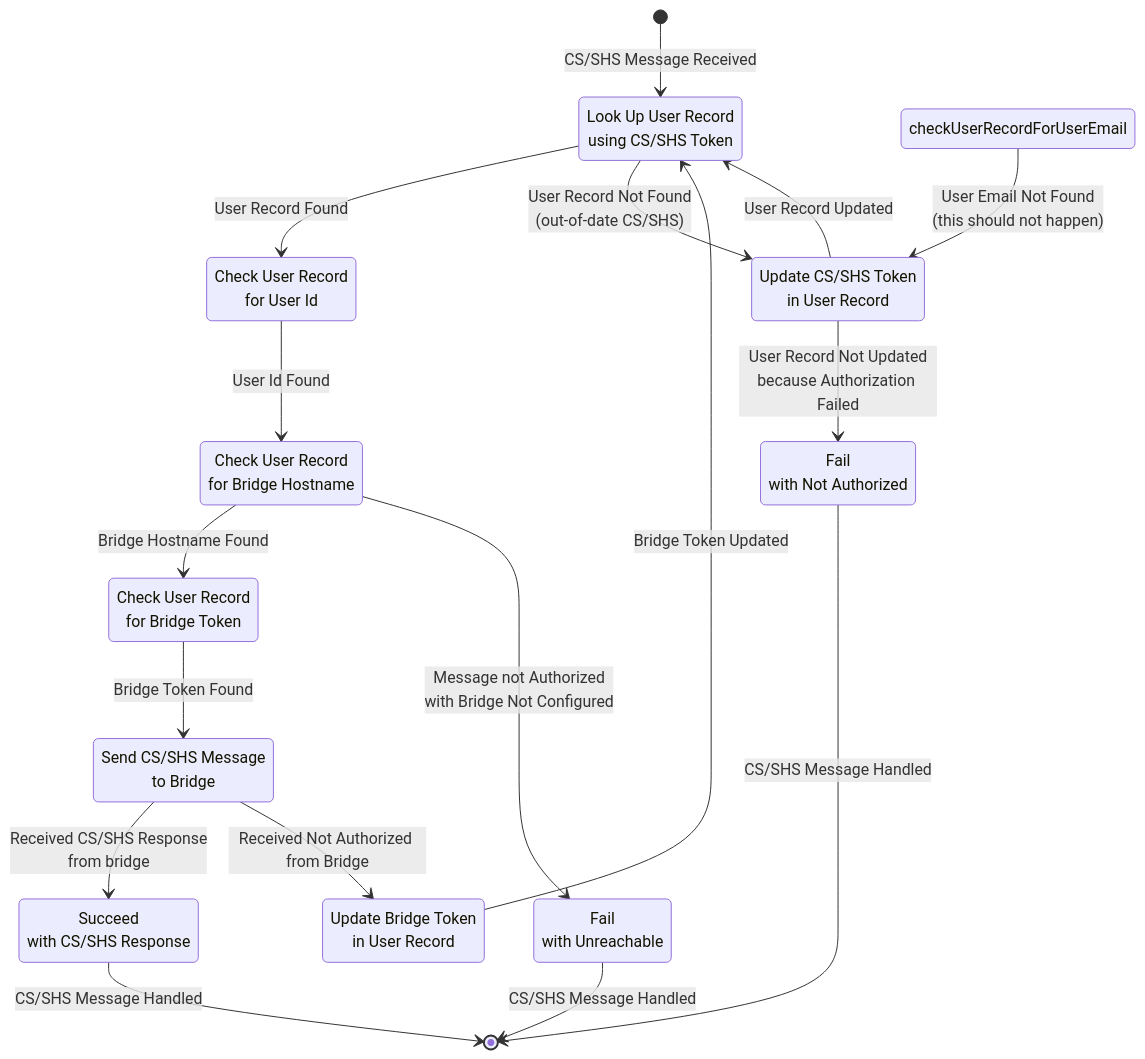
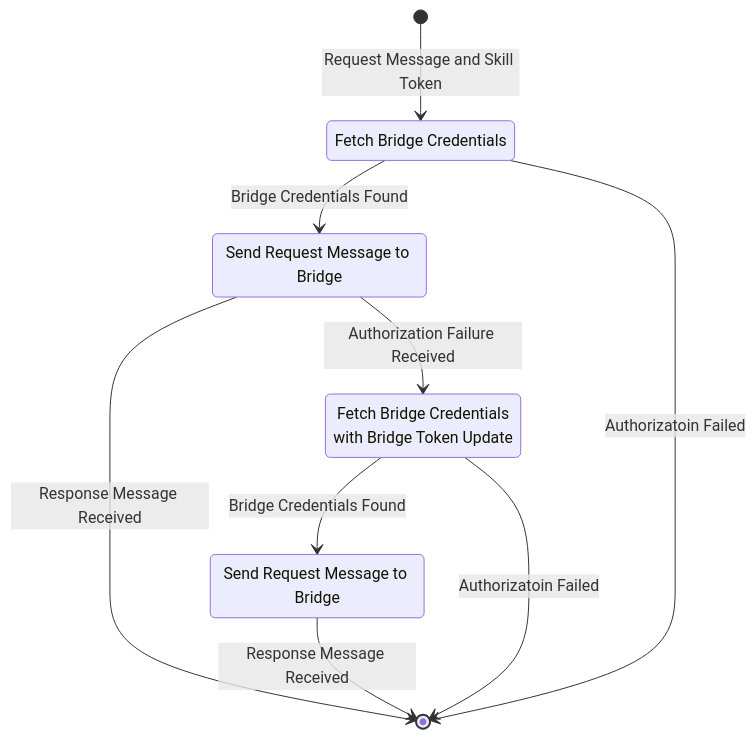
Before and after one commit to pebender/alexa-for-lg-webos-tv: the first of 2 diagrams in docs/pages/design/skill.md, drawn with Mermaid. The commit also changed other lines of this file and 1 other file, not shown here.

````diff
--- a/docs/pages/design/skill.md
+++ b/docs/pages/design/skill.md
@@ -78,40 +78,20 @@
 ```mermaid
 stateDiagram-v2
   direction TB
 
-  lookUpUserRecord: Look Up User Record<br>using CS/SHS Token
-  checkUserRecordForUserId: Check User Record<br>for User Id
-  checkUserRecordForBridgeHostname: Check User Record<br>for Bridge Hostname
-  checkUserRecordForBridgeToken: Check User Record<br>for Bridge Token
-  sendMessageToBridge: Send CS/SHS Message<br>to Bridge
-  succeedMessage: Succeed<br>with CS/SHS Response
-  [*] --> lookUpUserRecord: CS/SHS Message Received
-  lookUpUserRecord --> checkUserRecordForUserId: User Record Found
-  checkUserRecordForUserId --> checkUserRecordForBridgeHostname: User Id Found
-  checkUserRecordForBridgeHostname --> checkUserRecordForBridgeToken: Bridge Hostname Found
-  checkUserRecordForBridgeToken --> sendMessageToBridge: Bridge Token Found
-  sendMessageToBridge --> succeedMessage: Received CS/SHS Response<br>from bridge
-  succeedMessage --> [*]: CS/SHS Message Handled
+  fetchBridgeCredentials1: Fetch Bridge Credentials
+  sendMessageToBridge1: Send Request Message to Bridge
 
-  updateSkillTokenInUserRecord: Update CS/SHS Token<br>in User Record
-  lookUpUserRecord --> updateSkillTokenInUserRecord: User Record Not Found<br>(out-of-date CS/SHS)
-  updateSkillTokenInUserRecord --> lookUpUserRecord: User Record Updated
+  fetchBridgeCredentials2: Fetch Bridge Credentials<br>with Bridge Token Update
+  sendMessageToBridge2: Send Request Message to Bridge
 
-  updateBridgeTokenInUserRecord: Update Bridge Token<br>in User Record
-  checkUserRecordForUserEmail --> updateSkillTokenInUserRecord: User Email Not Found<br>(this should not happen)
+  [*] --> fetchBridgeCredentials1: Request Message and Skill Token
+  fetchBridgeCredentials1 --> sendMessageToBridge1: Bridge Credentials Found
+  sendMessageToBridge1 --> [*]: Response Message Received
+  fetchBridgeCredentials1 --> [*]: Authorizatoin Failed
 
-  failMessageNotAuthorized: Fail<br>with Not Authorized
-  updateSkillTokenInUserRecord --> failMessageNotAuthorized: User Record Not Updated<br>because Authorization Failed
-
-  failMessageNotAuthorized --> [*]: CS/SHS Message Handled
-
-  checkUserRecordForBridgeHostname --> failMessageUnreachable: Message not Authorized<br> with Bridge Not Configured
-
-  failMessageUnreachable: Fail<br>with Unreachable
-  failMessageUnreachable --> [*]: CS/SHS Message Handled
-
-  sendMessageToBridge --> updateBridgeTokenInUserRecord: Received Not Authorized from Bridge
-
-
-  updateBridgeTokenInUserRecord --> lookUpUserRecord: Bridge Token Updated
+  sendMessageToBridge1 --> fetchBridgeCredentials2: Authorization Failure Received
+  fetchBridgeCredentials2 --> sendMessageToBridge2: Bridge Credentials Found
+  sendMessageToBridge2 --> [*]:  Response Message Received
+  fetchBridgeCredentials2 --> [*]: Authorizatoin Failed
 ```
````
